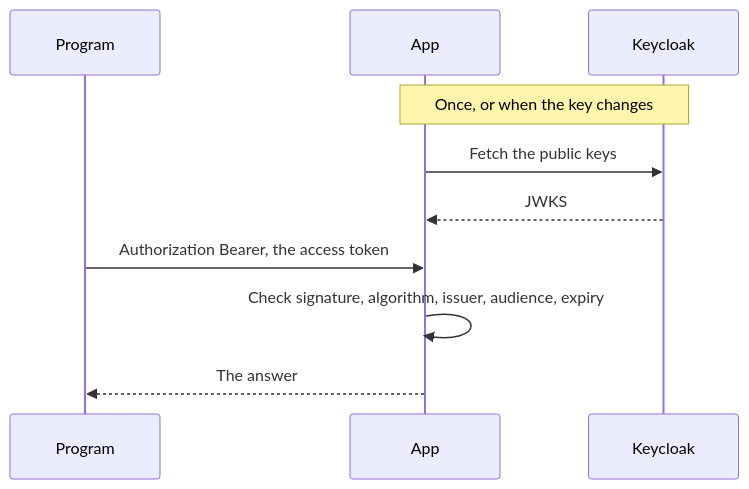
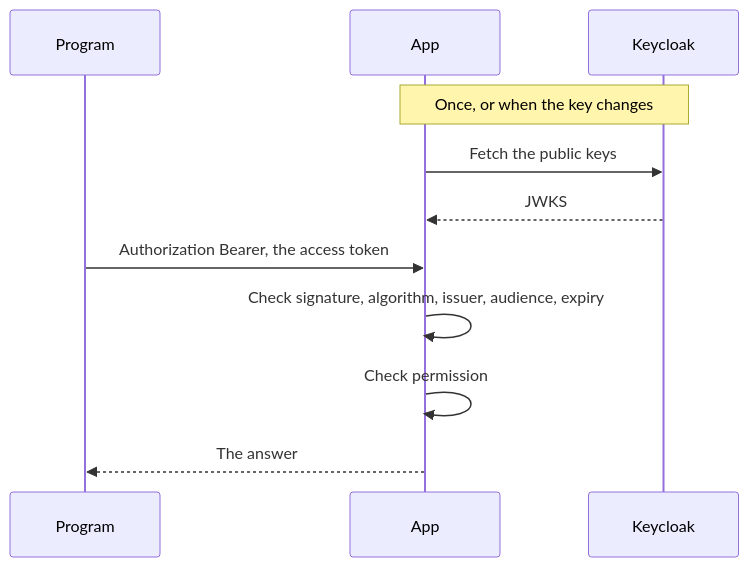
One commit to tgogos/CS_notes changed the seventh of 7 diagrams in auth/README.md. Above: the diagram before and after it, drawn with Mermaid. The commit also changed other lines of this file, not shown here.

````diff
--- a/auth/README.md
+++ b/auth/README.md
@@ -238,13 +246,14 @@
 ```mermaid
 sequenceDiagram
   participant Program
   participant App
   participant Keycloak
 
   Note over App,Keycloak: Once, or when the key changes
   App->>Keycloak: Fetch the public keys
   Keycloak-->>App: JWKS
   Program->>App: Authorization Bearer, the access token
   App->>App: Check signature, algorithm, issuer, audience, expiry
+  App->>App: Check permission
   App-->>Program: The answer
 ```
````
